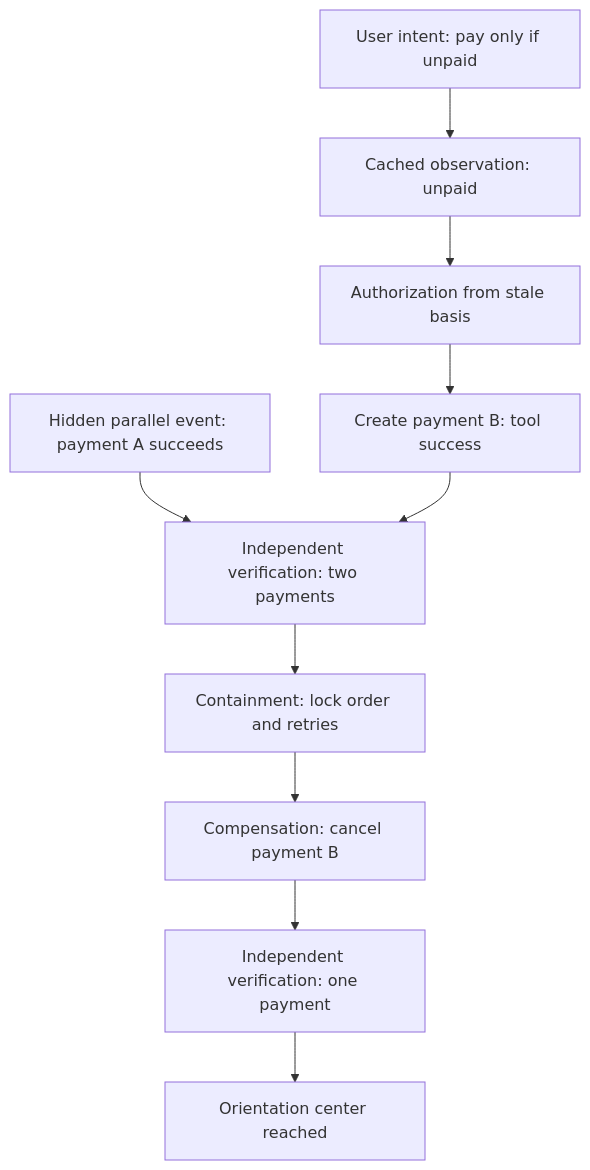
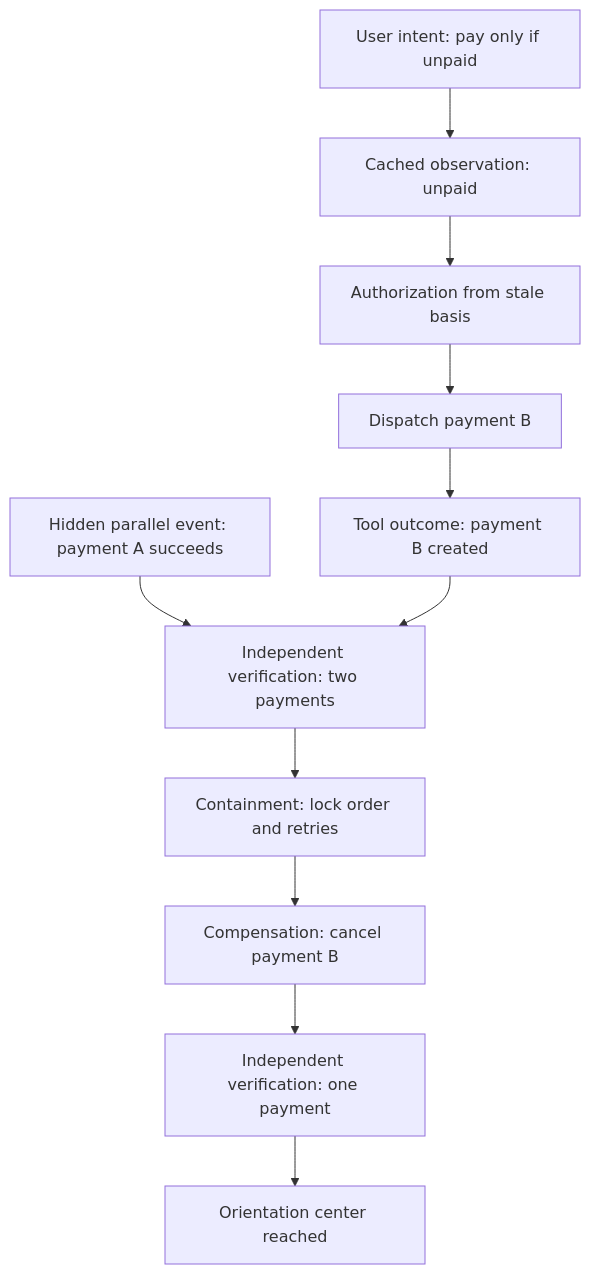
One commit to safal207/Causal-Memory-Layer changed the diagram in docs/experimental/caep/ABSURDITY_TRAJECTORY.md. Above: the diagram before and after it, drawn with Mermaid. The commit also changed other lines of this file, not shown here.

Commit message:
Align trajectory documentation with explicit dispatch event

````diff
--- a/docs/experimental/caep/ABSURDITY_TRAJECTORY.md
+++ b/docs/experimental/caep/ABSURDITY_TRAJECTORY.md
@@ -29,12 +15,13 @@
 ```mermaid
 flowchart TD
     N0[User intent: pay only if unpaid] --> N1[Cached observation: unpaid]
     N1 --> N2[Authorization from stale basis]
-    N2 --> N4[Create payment B: tool success]
-    N3[Hidden parallel event: payment A succeeds] --> N5[Independent verification: two payments]
-    N4 --> N5
-    N5 --> N6[Containment: lock order and retries]
-    N6 --> N7[Compensation: cancel payment B]
-    N7 --> N8[Independent verification: one payment]
-    N8 --> O[Orientation center reached]
+    N2 --> N4[Dispatch payment B]
+    N4 --> N5[Tool outcome: payment B created]
+    N3[Hidden parallel event: payment A succeeds] --> N6[Independent verification: two payments]
+    N5 --> N6
+    N6 --> N7[Containment: lock order and retries]
+    N7 --> N8[Compensation: cancel payment B]
+    N8 --> N9[Independent verification: one payment]
+    N9 --> O[Orientation center reached]
 ```
````
